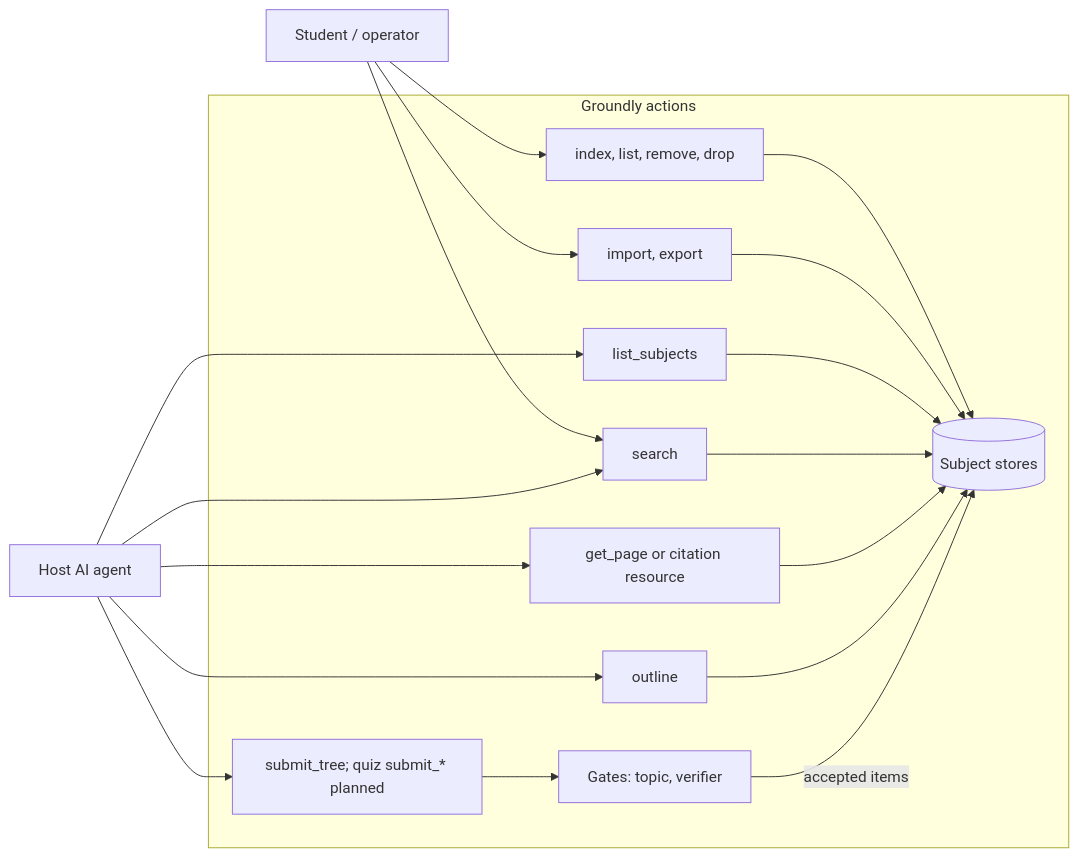
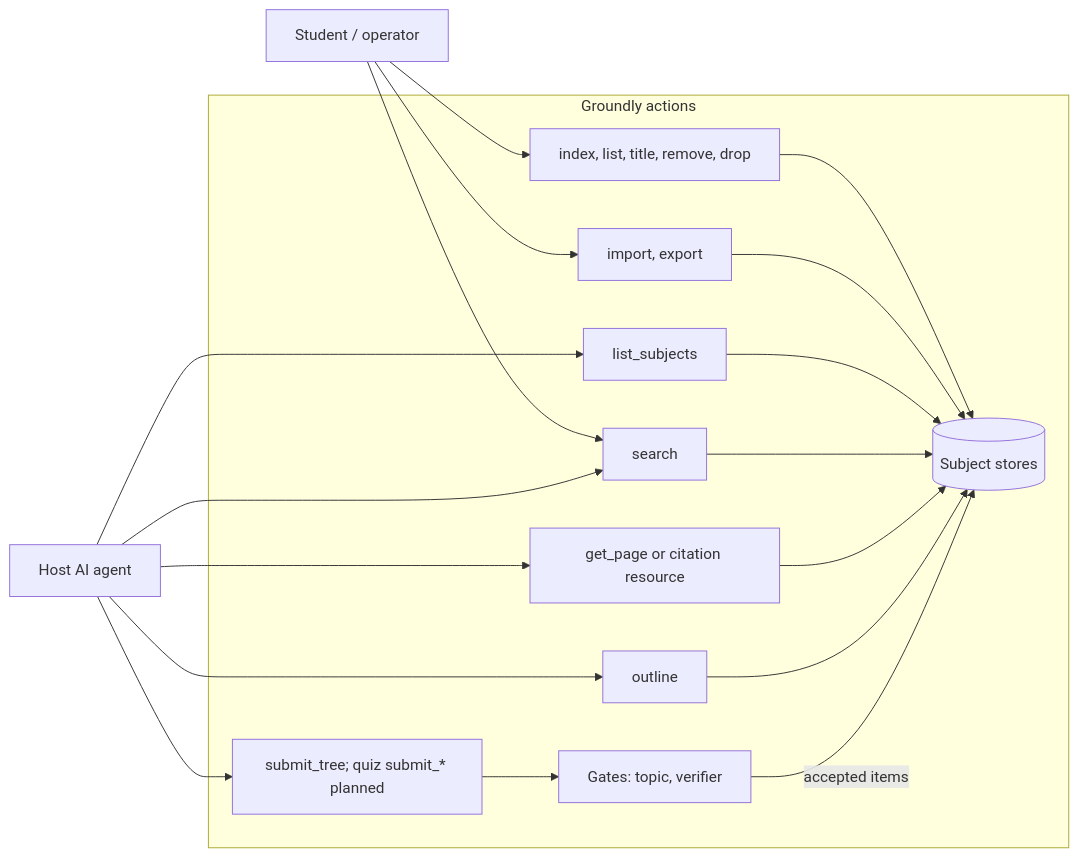
The diagram in docs/architecture/agents.md (paulhondola/groundly), drawn with Mermaid before and after one commit. The commit also changed 19 other files, not shown here.

````diff
--- a/docs/architecture/agents.md
+++ b/docs/architecture/agents.md
@@ -7,27 +7,27 @@
 ```mermaid
 flowchart LR
     student[Student / operator]
     host[Host AI agent]
 
     subgraph Groundly[Groundly actions]
-        init[index, list, remove, drop]
+        init[index, list, title, remove, drop]
         share[import, export]
         discover[list_subjects]
         search[search]
         page[get_page or citation resource]
         outline[outline]
         submit["submit_tree; quiz submit_* planned"]
         verify[Gates: topic, verifier]
         stores[(Subject stores)]
     end
 
     student --> init --> stores
     student --> share --> stores
     student --> search
     host --> discover --> stores
     host --> search --> stores
     host --> page --> stores
     host --> outline --> stores
     host --> submit --> verify
     verify -->|accepted items| stores
 ```
````
